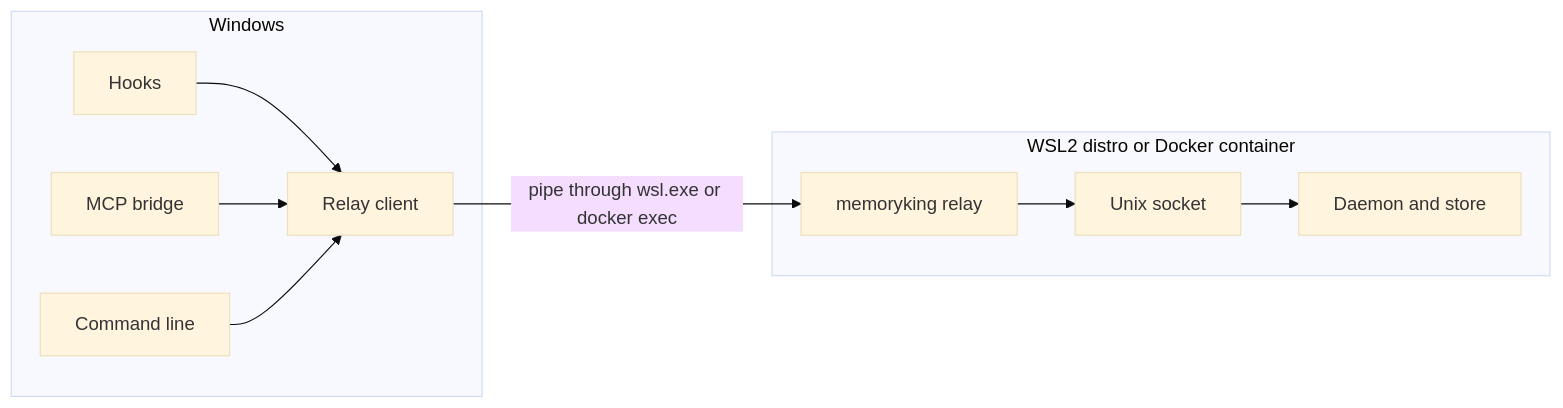
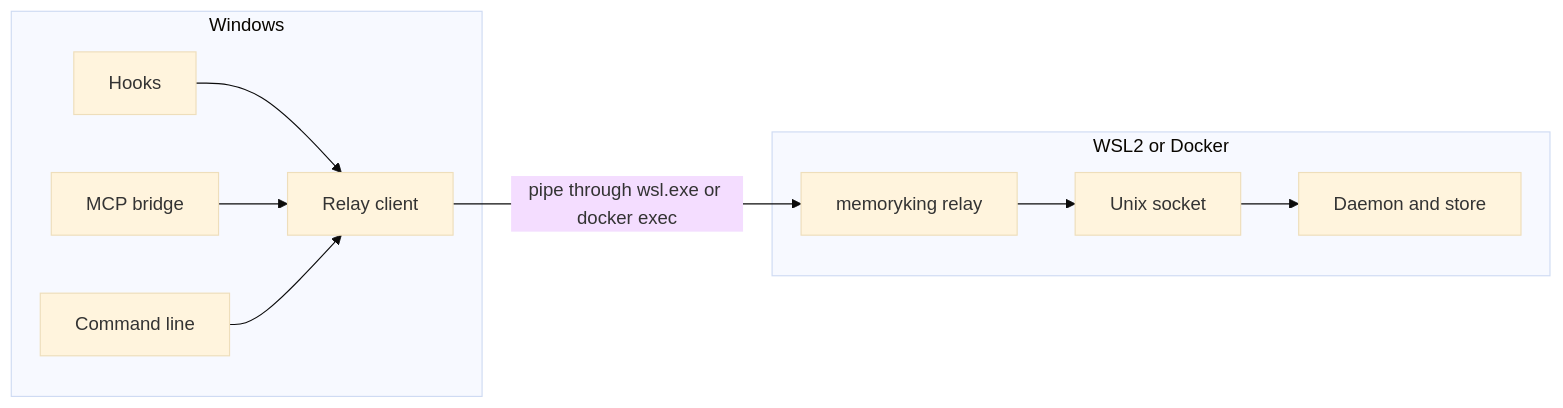
The fourth of 4 diagrams in docs/design.md (jamesking-us/memoryking), drawn with Mermaid (base theme) before and after one commit. The commit also changed other lines of this file, not shown here.

First line of the commit message:
Design document: the hooks diagram shows which way memory flows; shorter platform label

````diff
--- a/docs/design.md
+++ b/docs/design.md
@@ -398,12 +398,12 @@
 ```mermaid
 flowchart LR
     subgraph W[Windows]
         H[Hooks] --> RC[Relay client]
         M[MCP bridge] --> RC
         CLI[Command line] --> RC
     end
-    subgraph L[WSL2 distro or Docker container]
+    subgraph L[WSL2 or Docker]
         R[memoryking relay] --> SOCK[Unix socket] --> D[Daemon and store]
     end
     RC -->|pipe through wsl.exe or docker exec| R
 ```
````
